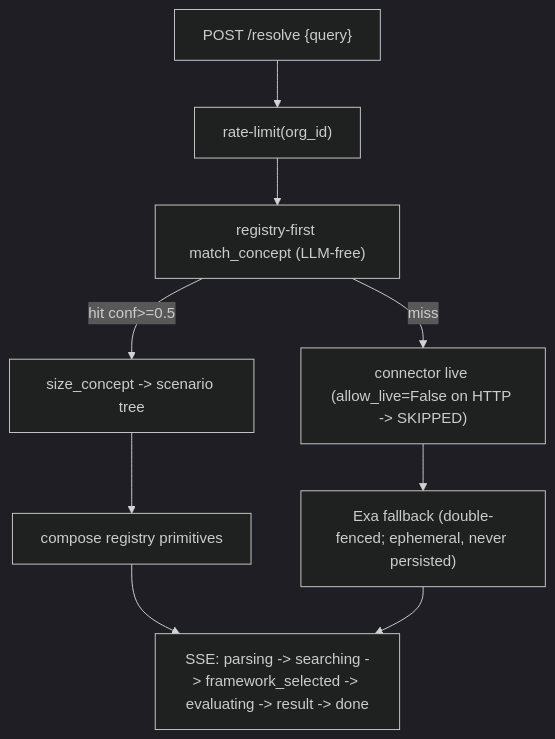
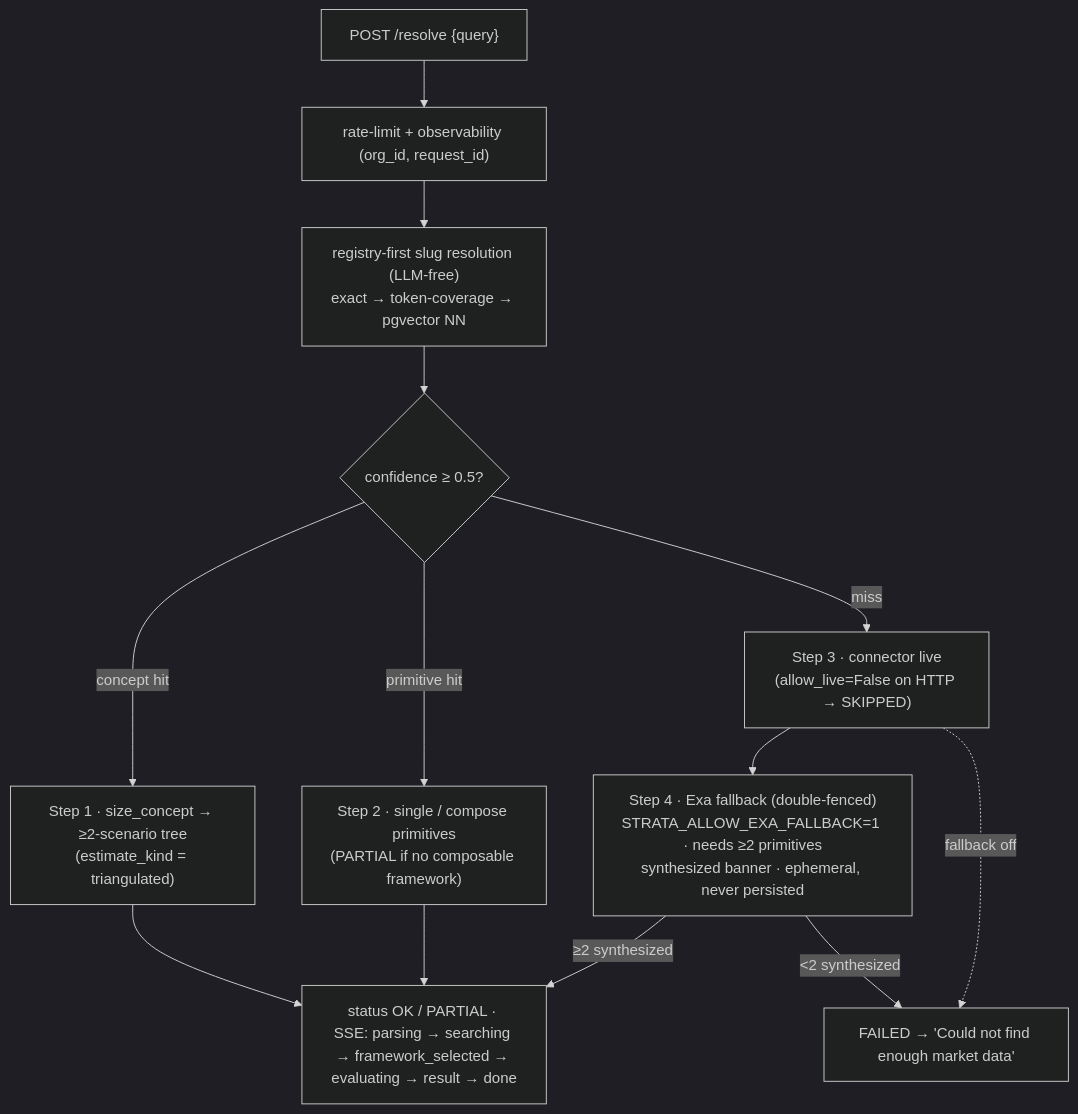
Before and after one commit to ArkashJ/Strata: the third of 54 diagrams in docs/architecture/DIAGRAMS.md, drawn with Mermaid (dark theme). The commit also changed other lines of this file and 3 other files, not shown here.

First line of the commit message:
fix(resolver): token-coverage concept matching (kill false-positive TAMs) + 13 architecture diagrams (#123)

````diff
--- a/docs/architecture/DIAGRAMS.md
+++ b/docs/architecture/DIAGRAMS.md
@@ -115,11 +128,17 @@
 ```mermaid
 flowchart TD
-  Q["POST /resolve {query}"] --> RL["rate-limit(org_id)"]
-  RL --> M["registry-first match_concept (LLM-free)"]
-  M -->|"hit conf>=0.5"| S1["size_concept -> scenario tree"]
-  M -->|miss| S3
-  S1 --> S2["compose registry primitives"] --> OUT
-  S3["connector live (allow_live=False on HTTP -> SKIPPED)"] --> S4
-  S4["Exa fallback (double-fenced; ephemeral, never persisted)"] --> OUT
-  OUT["SSE: parsing -> searching -> framework_selected -> evaluating -> result -> done"]
+  Q["POST /resolve {query}"] --> RL["rate-limit + observability (org_id, request_id)"]
+  RL --> SLUG["registry-first slug resolution (LLM-free)<br/>exact → token-coverage → pgvector NN"]
+  SLUG --> CONF{"confidence ≥ 0.5?"}
+  CONF -->|"concept hit"| S1["Step 1 · size_concept → ≥2-scenario tree<br/>(estimate_kind = triangulated)"]
+  CONF -->|"primitive hit"| S2["Step 2 · single / compose primitives<br/>(PARTIAL if no composable framework)"]
+  CONF -->|miss| S3["Step 3 · connector live<br/>(allow_live=False on HTTP → SKIPPED)"]
+  S3 --> S4["Step 4 · Exa fallback (double-fenced)<br/>STRATA_ALLOW_EXA_FALLBACK=1 · needs ≥2 primitives<br/>synthesized banner · ephemeral, never persisted"]
+  S1 --> OUT
+  S2 --> OUT
+  S4 -->|"≥2 synthesized"| OUT
+  S4 -->|"<2 synthesized"| FAIL
+  S3 -.->|"fallback off"| FAIL
+  FAIL["FAILED → 'Could not find enough market data'"]
+  OUT["status OK / PARTIAL · SSE: parsing → searching → framework_selected → evaluating → result → done"]
 ```
````
